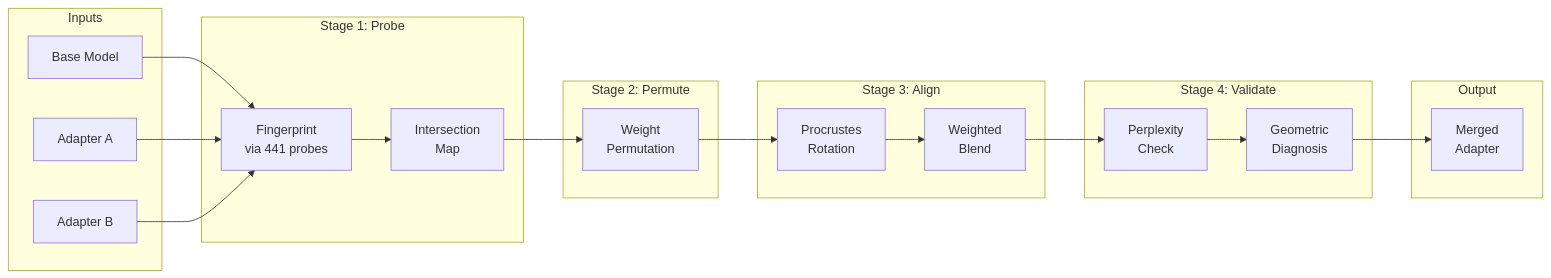
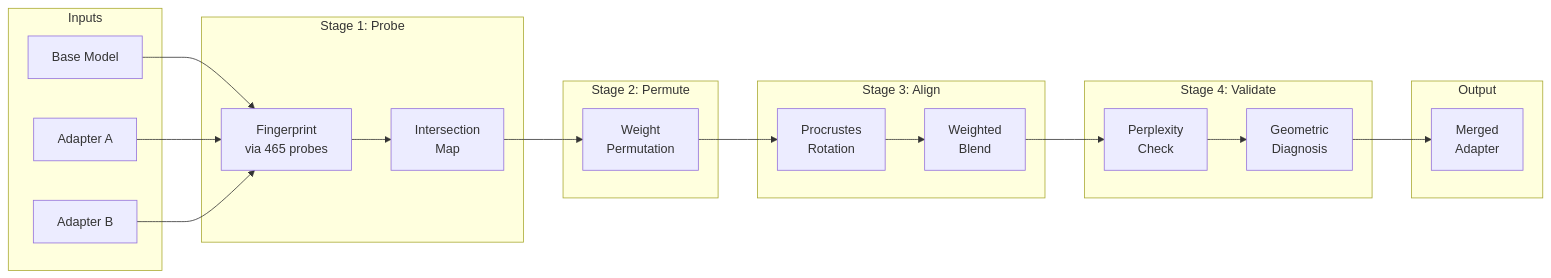
One commit to Ethyros-AI/ModelCypher changed the fourth of 4 diagrams in docs/ARCHITECTURE.md. Above: the diagram before and after it, drawn with Mermaid. The commit also changed other lines of this file and 21 other files, not shown here.

````diff
--- a/docs/ARCHITECTURE.md
+++ b/docs/ARCHITECTURE.md
@@ -209,43 +209,43 @@
 ```mermaid
 flowchart LR
     subgraph INPUT["Inputs"]
         BASE["Base Model"]
         ADP1["Adapter A"]
         ADP2["Adapter B"]
     end
 
     subgraph STAGE1["Stage 1: Probe"]
-        FP["Fingerprint<br/>via 441 probes"]
+        FP["Fingerprint<br/>via 465 probes"]
         IM["Intersection<br/>Map"]
     end
 
     subgraph STAGE2["Stage 2: Permute"]
         PERM["Weight<br/>Permutation"]
     end
 
     subgraph STAGE3["Stage 3: Align"]
         ROT["Procrustes<br/>Rotation"]
         BLEND["Weighted<br/>Blend"]
     end
 
     subgraph STAGE4["Stage 4: Validate"]
         PPL["Perplexity<br/>Check"]
         DIAG["Geometric<br/>Diagnosis"]
     end
 
     subgraph OUTPUT["Output"]
         MERGED["Merged<br/>Adapter"]
     end
 
     BASE --> FP
     ADP1 --> FP
     ADP2 --> FP
 
     FP --> IM
     IM --> PERM
     PERM --> ROT
     ROT --> BLEND
     BLEND --> PPL
     PPL --> DIAG
     DIAG --> MERGED
 ```
````
